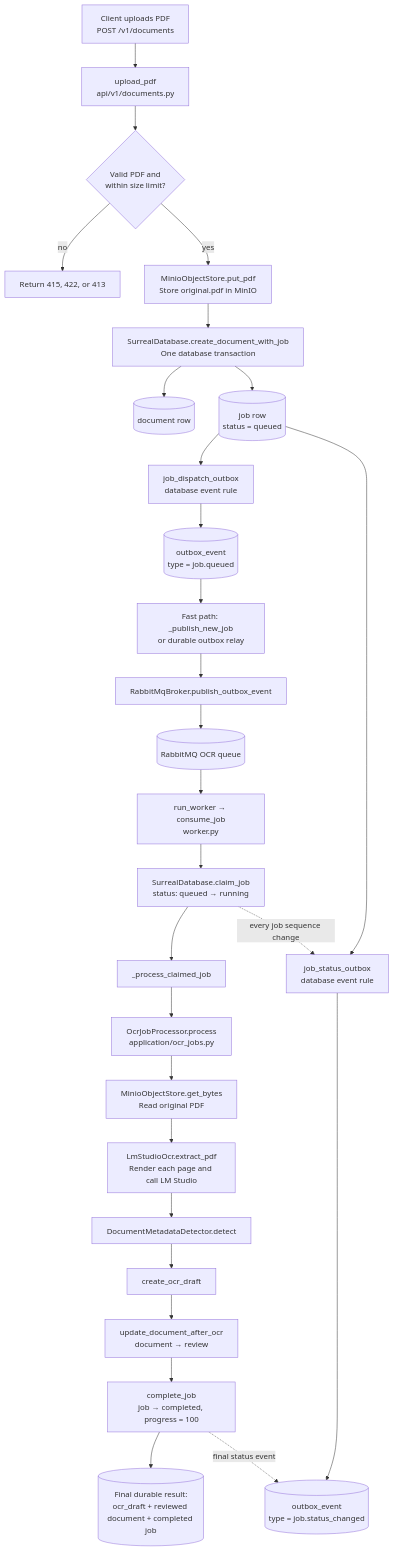
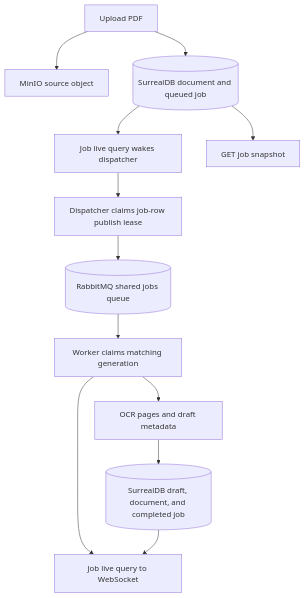
One commit to quoocnhaan/student-information-system changed the diagram in services/ai-service/docs/PDF_UPLOAD_TO_OUTPUT_FLOW.md. Above: the diagram before and after it, drawn with Mermaid. The commit also changed other lines of this file and 46 other files, not shown here.

````diff
--- a/services/ai-service/docs/PDF_UPLOAD_TO_OUTPUT_FLOW.md
+++ b/services/ai-service/docs/PDF_UPLOAD_TO_OUTPUT_FLOW.md
@@ -10,30 +3,14 @@
 ```mermaid
 flowchart TD
-    A[Client uploads PDF<br/>POST /v1/documents] --> B[upload_pdf<br/>api/v1/documents.py]
-    B --> C{Valid PDF and<br/>within size limit?}
-    C -- no --> X[Return 415, 422, or 413]
-    C -- yes --> D[MinioObjectStore.put_pdf<br/>Store original.pdf in MinIO]
-    D --> E[SurrealDatabase.create_document_with_job<br/>One database transaction]
-    E --> F[(document row)]
-    E --> G[(job row<br/>status = queued)]
-    G --> H[job_dispatch_outbox<br/>database event rule]
-    G --> I[job_status_outbox<br/>database event rule]
-    H --> J[(outbox_event<br/>type = job.queued)]
-    I --> K[(outbox_event<br/>type = job.status_changed)]
-    J --> L[Fast path: _publish_new_job<br/>or durable outbox relay]
-    L --> M[RabbitMqBroker.publish_outbox_event]
-    M --> N[(RabbitMQ OCR queue)]
-    N --> O[run_worker → consume_job<br/>worker.py]
-    O --> P[SurrealDatabase.claim_job<br/>status: queued → running]
-    P --> Q[_process_claimed_job]
-    Q --> R[OcrJobProcessor.process<br/>application/ocr_jobs.py]
-    R --> S[MinioObjectStore.get_bytes<br/>Read original PDF]
-    S --> T[LmStudioOcr.extract_pdf<br/>Render each page and call LM Studio]
-    T --> U[DocumentMetadataDetector.detect]
-    U --> V[create_ocr_draft]
-    V --> W[update_document_after_ocr<br/>document → review]
-    W --> Y[complete_job<br/>job → completed, progress = 100]
-    Y --> Z[(Final durable result:<br/>ocr_draft + reviewed document + completed job)]
-    P -. every job sequence change .-> I
-    Y -. final status event .-> K
+    A[Upload PDF] --> B[MinIO source object]
+    A --> C[(SurrealDB document and queued job)]
+    C --> D[Job live query wakes dispatcher]
+    D --> E[Dispatcher claims job-row publish lease]
+    E --> F[(RabbitMQ shared jobs queue)]
+    F --> G[Worker claims matching generation]
+    G --> H[OCR pages and draft metadata]
+    H --> I[(SurrealDB draft, document, and completed job)]
+    C --> J[GET job snapshot]
+    G --> K[Job live query to WebSocket]
+    I --> K
 ```
````
